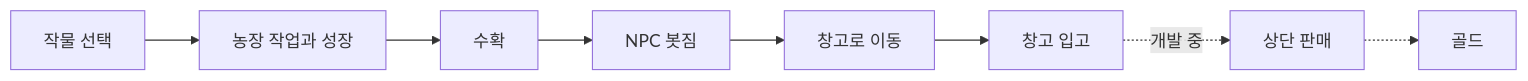
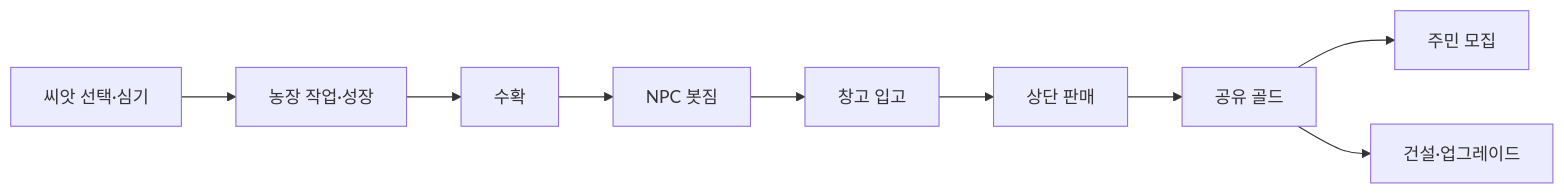
One commit to Merkatte/NPC_2D_Private changed the second of 2 diagrams in README.md. Above: the diagram before and after it, drawn with Mermaid. The commit also changed other lines of this file and 1 other file, not shown here.

````diff
--- a/README.md
+++ b/README.md
@@ -88,10 +91,11 @@
 ```mermaid
 flowchart LR
-    Select[작물 선택] --> Farm[농장 작업과 성장]
+    Seed[씨앗 선택·심기] --> Farm[농장 작업·성장]
     Farm --> Harvest[수확]
     Harvest --> Cargo[NPC 봇짐]
-    Cargo --> Move[창고로 이동]
-    Move --> Warehouse[창고 입고]
-    Warehouse -. 개발 중 .-> Trade[상단 판매]
-    Trade -.-> Gold[골드]
+    Cargo --> Warehouse[창고 입고]
+    Warehouse --> Trade[상단 판매]
+    Trade --> Gold[공유 골드]
+    Gold --> Recruit[주민 모집]
+    Gold --> Build[건설·업그레이드]
 ```
````
